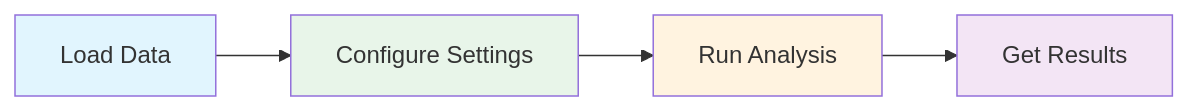
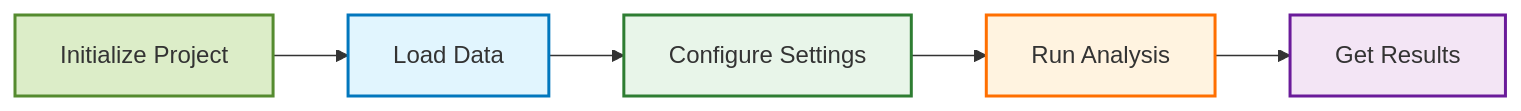
Before and after one commit to wpgp/QGIS-pypopRF: the diagram in docs/index.md, drawn with Mermaid. The commit also changed other lines of this file, not shown here.

````diff
--- a/docs/index.md
+++ b/docs/index.md
@@ -23,10 +26,13 @@
 ```mermaid
 graph LR
-    A[Load Data] --> B[Configure Settings]
+    Init[Initialize Project] --> A[Load Data]
+    A --> B[Configure Settings]
     B --> C[Run Analysis]
     C --> D[Get Results]
-    style A fill:#e1f5fe
-    style B fill:#e8f5e9
-    style C fill:#fff3e0
-    style D fill:#f3e5f5
+
+    style Init fill:#dcedc8,stroke:#558b2f,stroke-width:2px
+    style A fill:#e1f5fe,stroke:#0277bd,stroke-width:2px
+    style B fill:#e8f5e9,stroke:#2e7d32,stroke-width:2px
+    style C fill:#fff3e0,stroke:#ff6f00,stroke-width:2px
+    style D fill:#f3e5f5,stroke:#6a1b9a,stroke-width:2px
 ```
````
